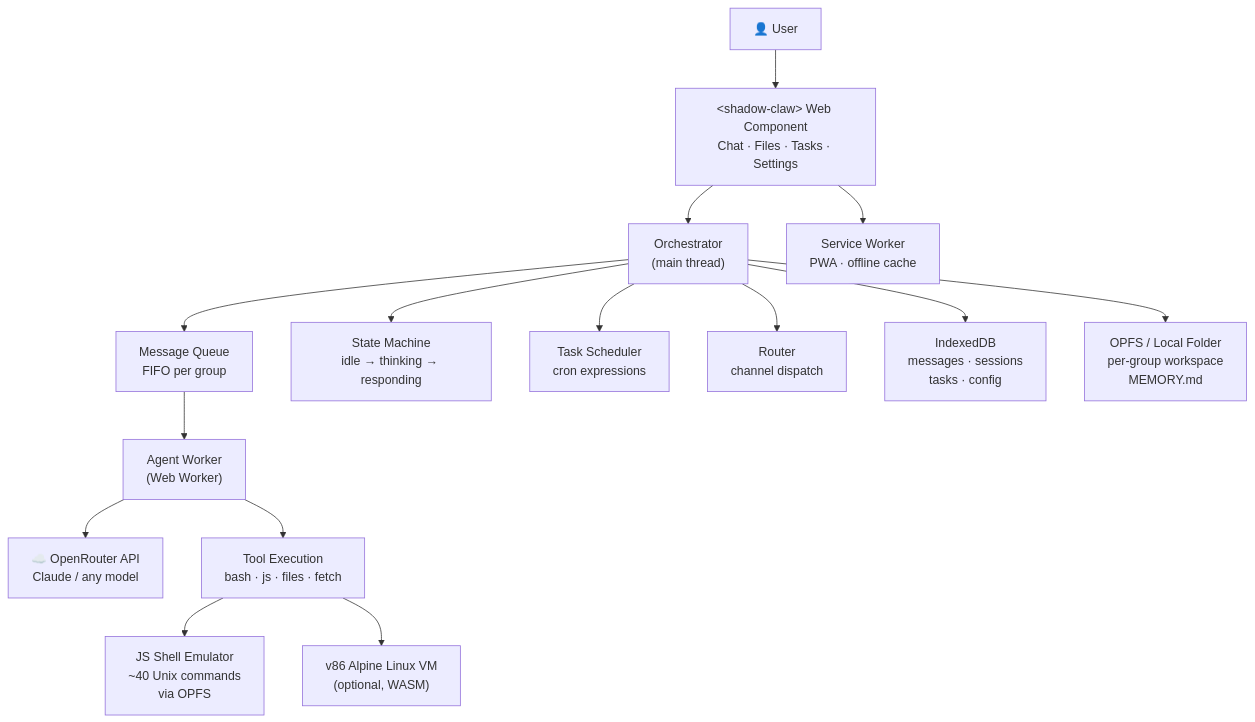
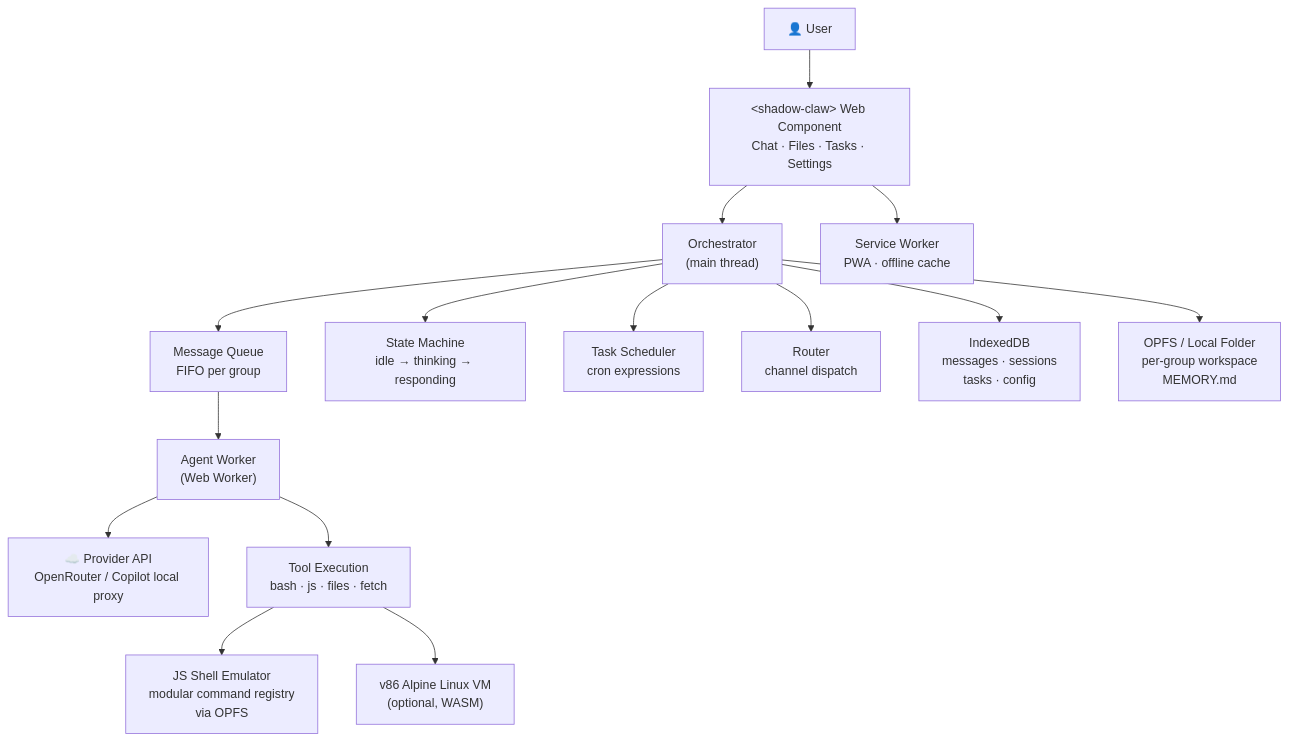
One commit to xt-ml/shadow-claw changed the first of 3 diagrams in README.md. Above: the diagram before and after it, drawn with Mermaid. The commit also changed other lines of this file and 216 other files, not shown here.

Commit message:
Modularize shell commands and harden WebVM terminal orchestration

````diff
--- a/README.md
+++ b/README.md
@@ -18,17 +20,17 @@
 ```mermaid
 graph TD
   User["👤 User"] --> UI["&lt;shadow-claw&gt; Web Component<br>Chat · Files · Tasks · Settings"]
     UI --> Orchestrator["Orchestrator<br>(main thread)"]
     Orchestrator --> MessageQueue["Message Queue<br>FIFO per group"]
   Orchestrator --> StateFSM["State Machine<br>idle → thinking → responding"]
   Orchestrator --> TaskScheduler["Task Scheduler<br>cron expressions"]
   Orchestrator --> Router["Router<br>channel dispatch"]
     MessageQueue --> Worker["Agent Worker<br>(Web Worker)"]
-  Worker --> OpenRouter["☁️ OpenRouter API<br>Claude / any model"]
+  Worker --> OpenRouter["☁️ Provider API<br>OpenRouter / Copilot local proxy"]
   Worker --> ToolExec["Tool Execution<br>bash · js · files · fetch"]
-  ToolExec --> JSShell["JS Shell Emulator<br>~40 Unix commands<br>via OPFS"]
+  ToolExec --> JSShell["JS Shell Emulator<br>modular command registry<br>via OPFS"]
   ToolExec --> WebVM["v86 Alpine Linux VM<br>(optional, WASM)"]
     Orchestrator --> IndexedDB["IndexedDB<br>messages · sessions<br>tasks · config"]
   Orchestrator --> OPFS["OPFS / Local Folder<br>per-group workspace<br>MEMORY.md"]
     UI --> ServiceWorker["Service Worker<br>PWA · offline cache"]
 ```
````
